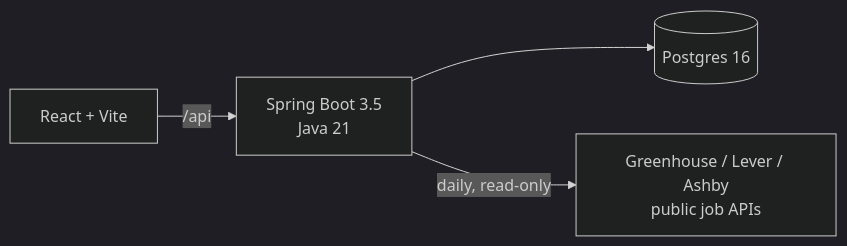
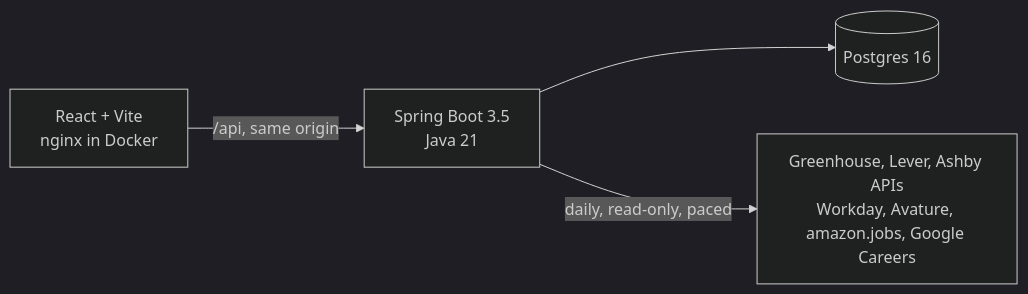
Before and after one commit to TechByChibuzo/job-search-assistant: the diagram in README.md, drawn with Mermaid (dark theme). The commit also changed other lines of this file and 7 other files, not shown here.

````diff
--- a/README.md
+++ b/README.md
@@ -30,6 +36,6 @@
 ```mermaid
 flowchart LR
-    web[React + Vite] -->|/api| api[Spring Boot 3.5<br/>Java 21]
+    web[React + Vite<br/>nginx in Docker] -->|/api, same origin| api[Spring Boot 3.5<br/>Java 21]
     api --> db[(Postgres 16)]
-    api -->|daily, read-only| ats[Greenhouse / Lever / Ashby<br/>public job APIs]
+    api -->|daily, read-only, paced| feeds[Greenhouse, Lever, Ashby APIs<br/>Workday, Avature, amazon.jobs, Google Careers]
 ```
````
